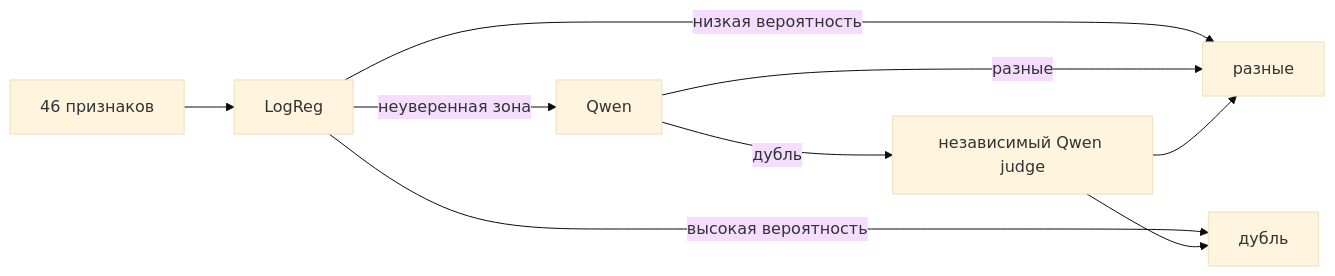
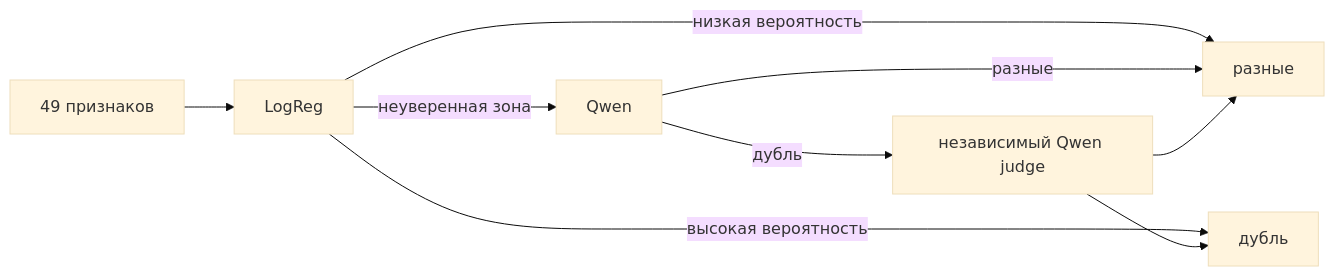
Before and after one commit to ITMO-NSS-team/PAUK: the diagram in docs/architecture/pipeline/dedup.md, drawn with Mermaid (base theme). The commit also changed other lines of this file and 5 other files, not shown here.

````diff
--- a/docs/architecture/pipeline/dedup.md
+++ b/docs/architecture/pipeline/dedup.md
@@ -73,11 +80,11 @@
 ```mermaid
 flowchart LR
-    A[46 признаков] --> B[LogReg]
+    A[49 признаков] --> B[LogReg]
     B -->|низкая вероятность| C[разные]
     B -->|высокая вероятность| D[дубль]
     B -->|неуверенная зона| E[Qwen]
     E -->|разные| C
     E -->|дубль| F[независимый Qwen judge]
     F --> C
     F --> D
 ```
````
